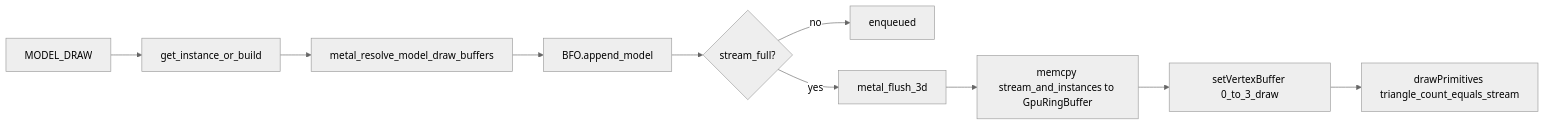
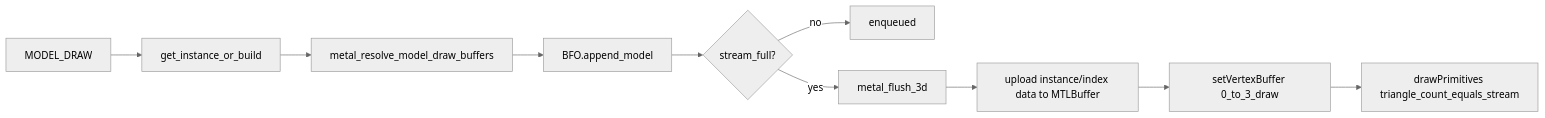
The third of 4 diagrams in docs/metal_renderer.md (MRobertEvers/oldschool-clientc), drawn with Mermaid (neutral theme) before and after one commit. The commit also changed other lines of this file and 60 other files, not shown here.

````diff
--- a/docs/metal_renderer.md
+++ b/docs/metal_renderer.md
@@ -205,12 +205,12 @@
 ```mermaid
 flowchart LR
     Draw["MODEL_DRAW"] --> R["get_instance_or_build"]
     R --> M["metal_resolve_model_draw_buffers"]
     M --> A["BFO.append_model"]
     A --> F{"stream_full?"}
     F -->|no| Ok["enqueued"]
     F -->|yes| Flush["metal_flush_3d"]
-    Flush --> Ring["memcpy stream_and_instances to GpuRingBuffer"]
+    Flush --> Ring["upload instance/index data to MTLBuffer"]
     Ring --> Enc["setVertexBuffer 0_to_3_draw"]
     Enc --> D["drawPrimitives triangle_count_equals_stream"]
 ```
````
